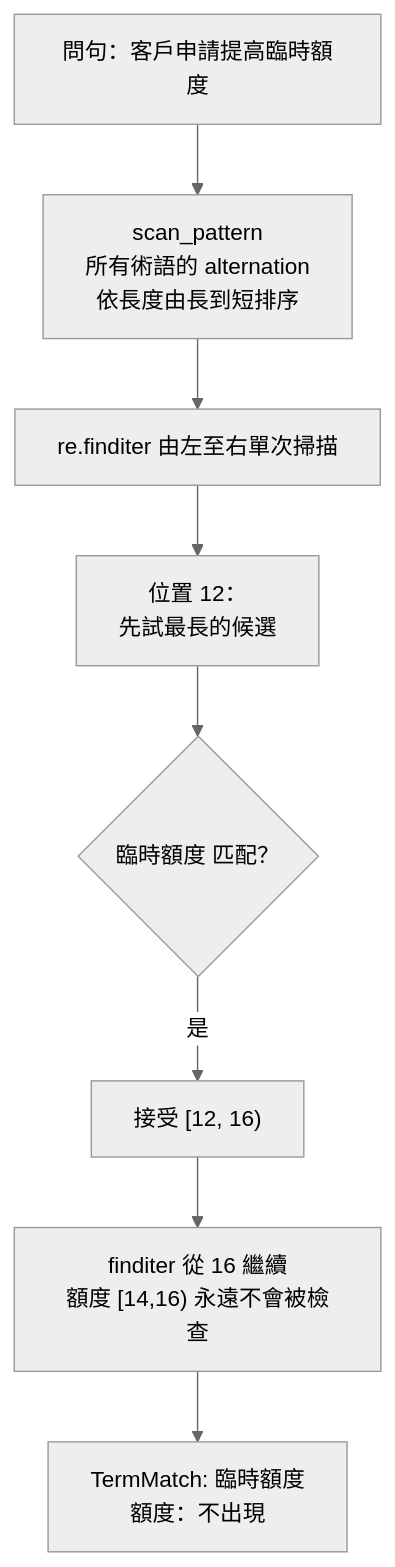
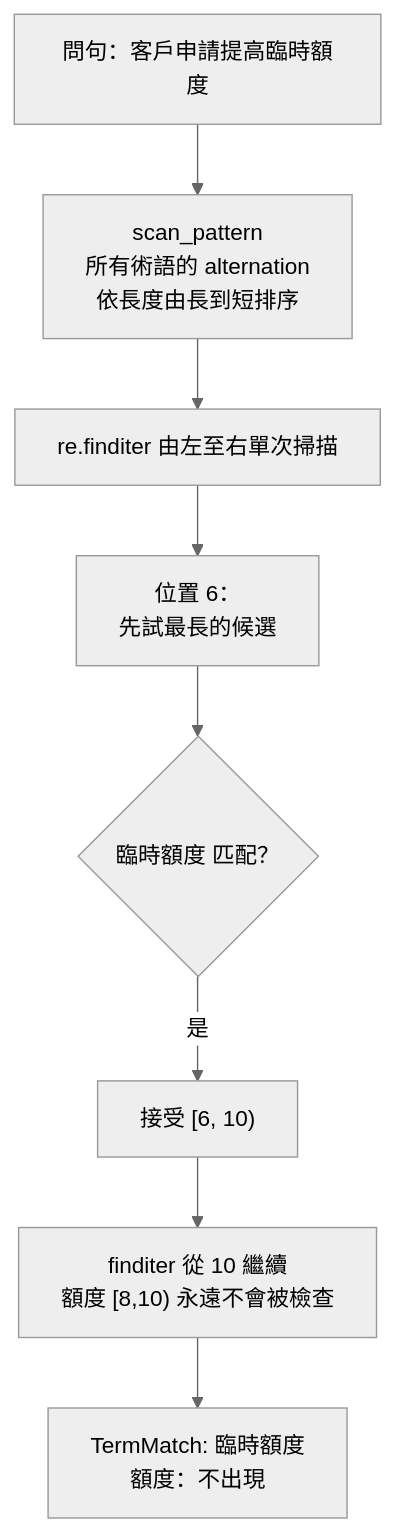
One commit to xian-ai-1057/mcp_agent changed the eighth of 12 diagrams in docs/architecture.md. Above: the diagram before and after it, drawn with Mermaid (neutral theme). The commit also changed other lines of this file and 15 other files, not shown here.

Commit message:
fix glossary conflicts and refresh architecture docs

````diff
--- a/docs/architecture.md
+++ b/docs/architecture.md
@@ -298,11 +406,11 @@
 ```mermaid
 flowchart TD
     IN["問句：客戶申請提高臨時額度"] --> PAT["scan_pattern<br/>所有術語的 alternation<br/>依長度由長到短排序"]
     PAT --> IT["re.finditer 由左至右單次掃描"]
 
-    IT --> POS["位置 12：<br/>先試最長的候選"]
+    IT --> POS["位置 6：<br/>先試最長的候選"]
     POS --> M1{"臨時額度 匹配？"}
-    M1 -->|是| ACCEPT["接受 [12, 16)"]
-    ACCEPT --> SKIP["finditer 從 16 繼續<br/>額度 [14,16) 永遠不會被檢查"]
+    M1 -->|是| ACCEPT["接受 [6, 10)"]
+    ACCEPT --> SKIP["finditer 從 10 繼續<br/>額度 [8,10) 永遠不會被檢查"]
     SKIP --> OUT["TermMatch: 臨時額度<br/>額度：不出現"]
 ```
````
